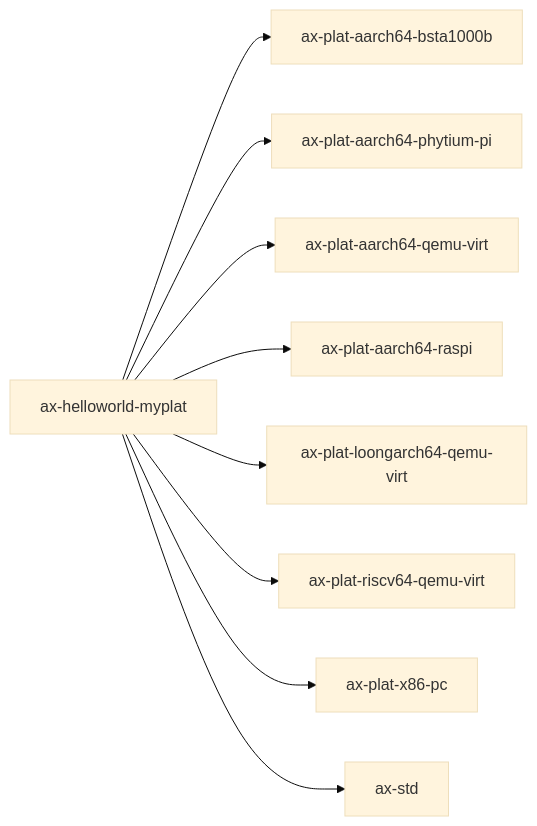
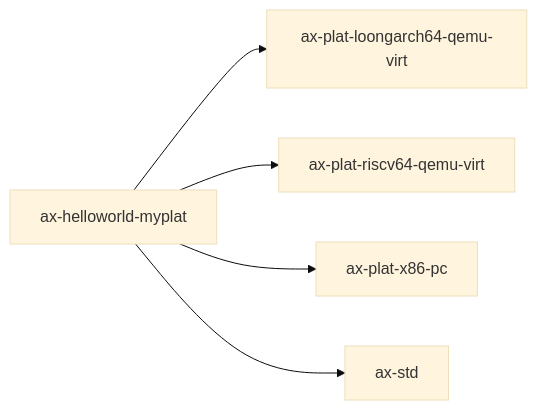
The diagram in docs/docs/components/crates/ax-helloworld-myplat.md (rcore-os/tgoskits), drawn with Mermaid (base theme) before and after one commit. The commit also changed other lines of this file and 151 other files, not shown here.

````diff
--- a/docs/docs/components/crates/ax-helloworld-myplat.md
+++ b/docs/docs/components/crates/ax-helloworld-myplat.md
@@ -31,12 +31,8 @@
 ```mermaid
 graph LR
     current["ax-helloworld-myplat"]
-    current --> axplat_aarch64_bsta1000b["ax-plat-aarch64-bsta1000b"]
-    current --> axplat_aarch64_phytium_pi["ax-plat-aarch64-phytium-pi"]
-    current --> axplat_aarch64_qemu_virt["ax-plat-aarch64-qemu-virt"]
-    current --> axplat_aarch64_raspi["ax-plat-aarch64-raspi"]
     current --> ax_plat_loongarch64_qemu_virt["ax-plat-loongarch64-qemu-virt"]
     current --> ax_plat_riscv64_qemu_virt["ax-plat-riscv64-qemu-virt"]
     current --> ax_plat_x86_pc["ax-plat-x86-pc"]
     current --> ax-std["ax-std"]
 ```
````
